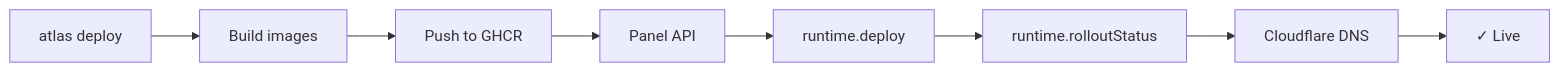
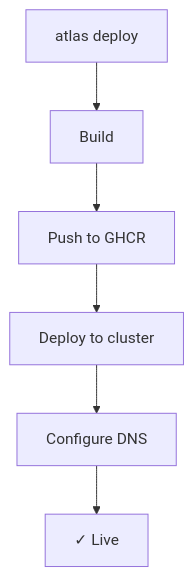
Before and after one commit to codeatlasdev/atlas: the second of 2 diagrams in apps/docs/content/docs/architecture/index.mdx, drawn with Mermaid. The commit also changed 1 other file, not shown here.

Commit message:
fix(docs): constrain mermaid diagrams to content width

````diff
--- a/apps/docs/content/docs/architecture/index.mdx
+++ b/apps/docs/content/docs/architecture/index.mdx
@@ -61,10 +61,8 @@
 ```mermaid
-graph LR
-    A[atlas deploy] --> B[Build images]
+graph TD
+    A[atlas deploy] --> B[Build]
     B --> C[Push to GHCR]
-    C --> D[Panel API]
-    D --> E[runtime.deploy]
-    E --> F[runtime.rolloutStatus]
-    F --> G[Cloudflare DNS]
-    G --> H[✓ Live]
+    C --> D[Deploy to cluster]
+    D --> E[Configure DNS]
+    E --> F[✓ Live]
 ```
````
